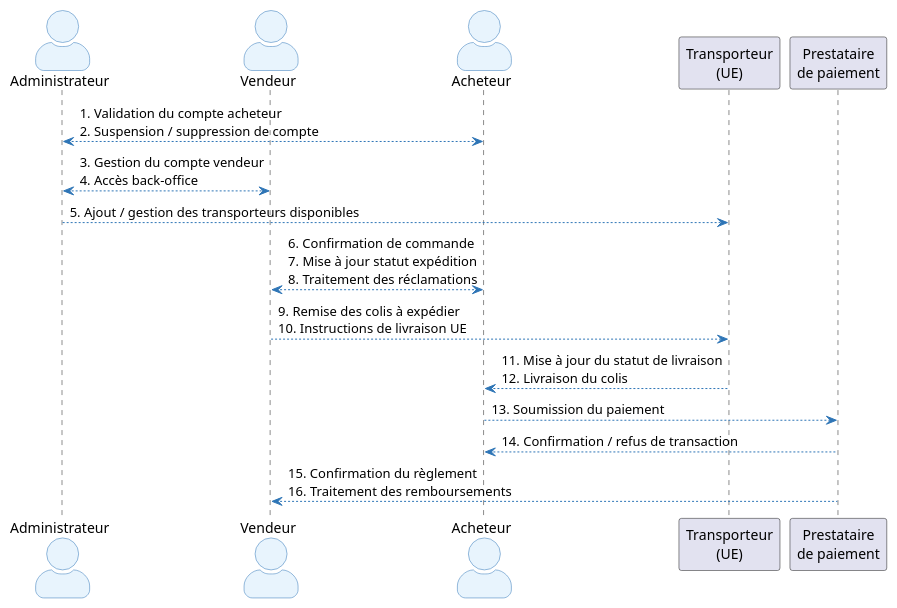
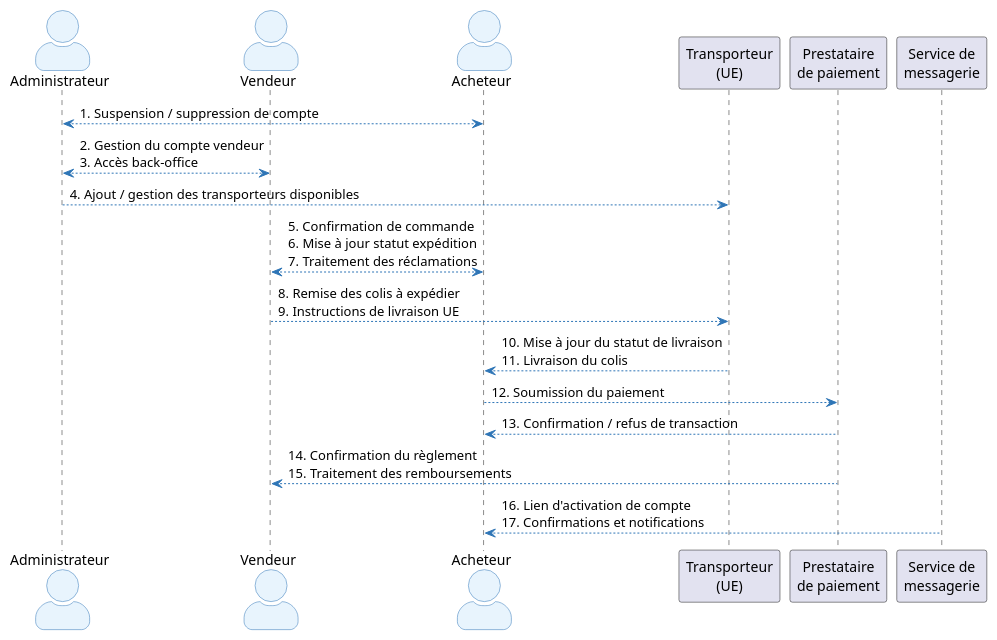
Before and after one commit to louistalvande/online_shop: the fourth of 4 diagrams in 1_operational_analysis.adoc, drawn with PlantUML. The commit also changed other lines of this file, not shown here.

First line of the commit message:
Implement account activation via email for buyers

```diff
--- a/1_operational_analysis.adoc
+++ b/1_operational_analysis.adoc
@@ -349,25 +390,27 @@
 [plantuml, oa-communication, svg]
 ----
 skinparam actorStyle awesome
 skinparam actorBackgroundColor #E8F4FD
 skinparam actorBorderColor #2E75B6
 skinparam arrowColor #2E75B6
 skinparam noteBackgroundColor #FFFBE6
 skinparam noteBorderColor #F0A500
 
 actor Administrateur as Admin
 actor Vendeur as Vendor
 actor Acheteur as Buyer
 participant "Transporteur\n(UE)" as Carrier
 participant "Prestataire\nde paiement" as Payment
+participant "Service de\nmessagerie" as Mail
 
-Admin <--> Buyer : 1. Validation du compte acheteur\n2. Suspension / suppression de compte
-Admin <--> Vendor : 3. Gestion du compte vendeur\n4. Accès back-office
-Admin --> Carrier : 5. Ajout / gestion des transporteurs disponibles
-Vendor <--> Buyer : 6. Confirmation de commande\n7. Mise à jour statut expédition\n8. Traitement des réclamations
-Vendor --> Carrier : 9. Remise des colis à expédier\n10. Instructions de livraison UE
-Carrier --> Buyer : 11. Mise à jour du statut de livraison\n12. Livraison du colis
-Buyer --> Payment : 13. Soumission du paiement
-Payment --> Buyer : 14. Confirmation / refus de transaction
-Payment --> Vendor : 15. Confirmation du règlement\n16. Traitement des remboursements
+Admin <--> Buyer : 1. Suspension / suppression de compte
+Admin <--> Vendor : 2. Gestion du compte vendeur\n3. Accès back-office
+Admin --> Carrier : 4. Ajout / gestion des transporteurs disponibles
+Vendor <--> Buyer : 5. Confirmation de commande\n6. Mise à jour statut expédition\n7. Traitement des réclamations
+Vendor --> Carrier : 8. Remise des colis à expédier\n9. Instructions de livraison UE
+Carrier --> Buyer : 10. Mise à jour du statut de livraison\n11. Livraison du colis
+Buyer --> Payment : 12. Soumission du paiement
+Payment --> Buyer : 13. Confirmation / refus de transaction
+Payment --> Vendor : 14. Confirmation du règlement\n15. Traitement des remboursements
+Mail --> Buyer : 16. Lien d'activation de compte\n17. Confirmations et notifications
 ----
```
